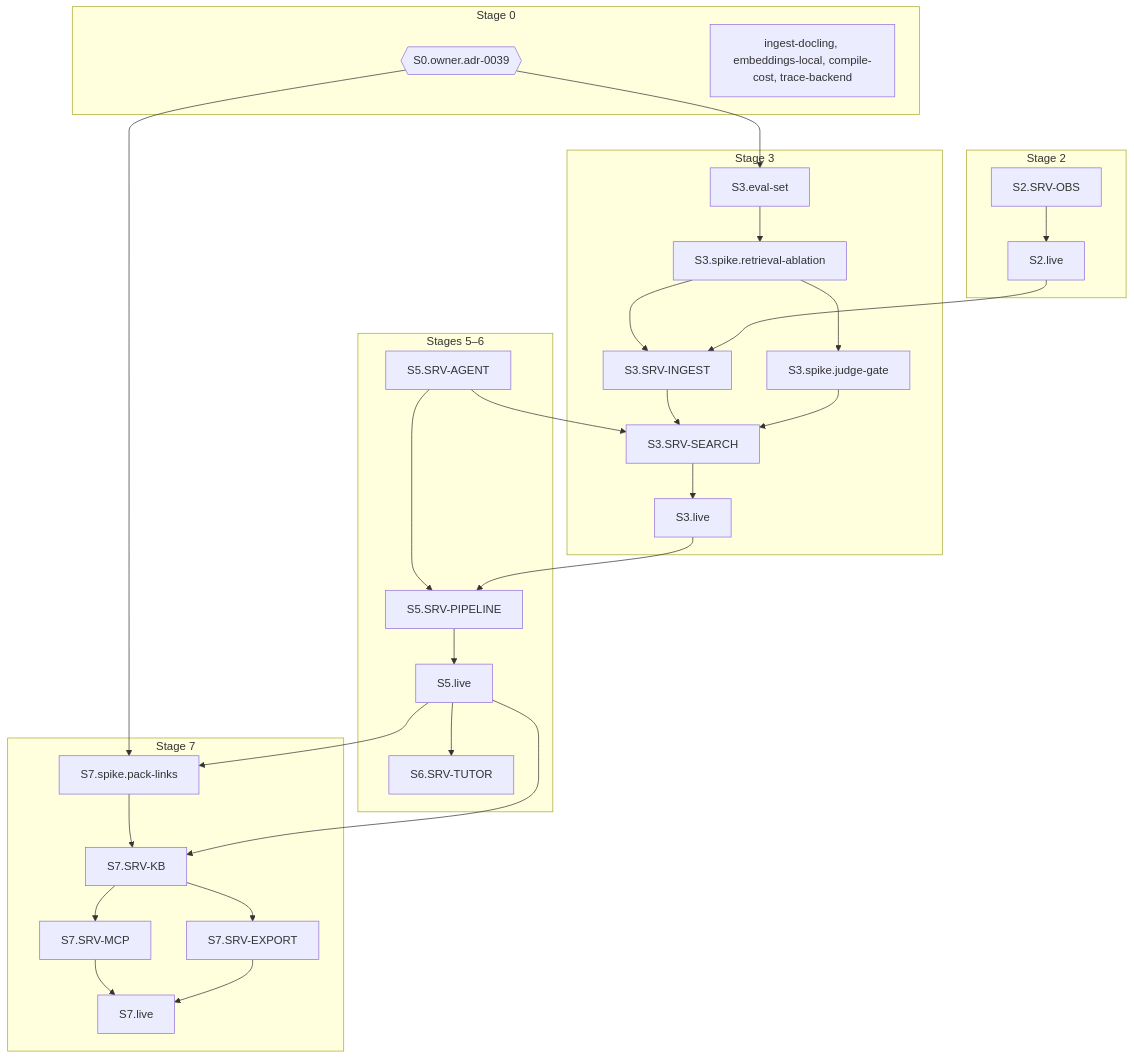
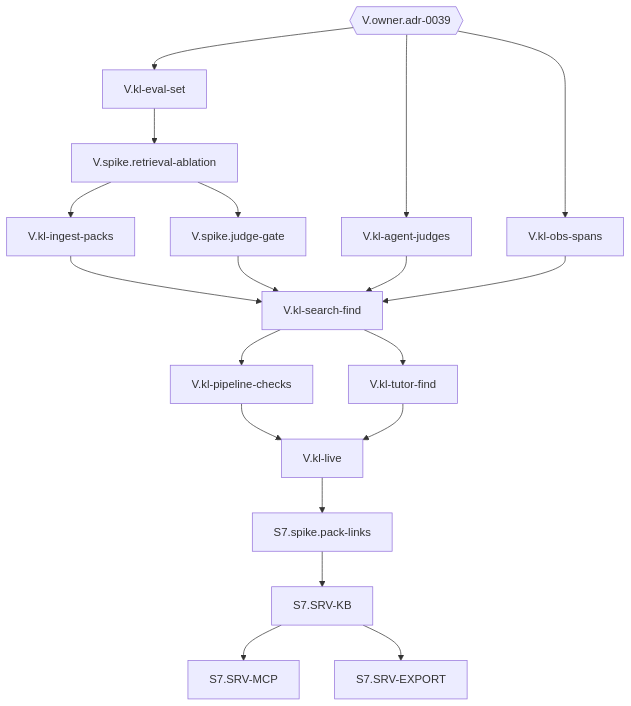
The diagram in docs/plans/adr-0039-execution.md (m1than/reader-ai), drawn with Mermaid before and after one commit. The commit also changed other lines of this file and 16 other files, not shown here.

Commit message:
ADR-0039 dependent artifacts: execution plan for the current slice, progress tasks, roadmap, AGENTS.md, architecture, template amends field, pointer lines in 11 ADRs

````diff
--- a/docs/plans/adr-0039-execution.md
+++ b/docs/plans/adr-0039-execution.md
@@ -9,34 +22,19 @@
 ```mermaid
 flowchart TB
-  subgraph S0[Stage 0]
-    adr{{S0.owner.adr-0039}}
-    spikes0[ingest-docling, embeddings-local, compile-cost, trace-backend]
-  end
-  subgraph S2[Stage 2]
-    obs[S2.SRV-OBS] --> live2[S2.live]
-  end
-  subgraph S3[Stage 3]
-    eval[S3.eval-set] --> abl[S3.spike.retrieval-ablation] --> gate[S3.spike.judge-gate]
-    abl --> ingest[S3.SRV-INGEST]
-    ingest --> search[S3.SRV-SEARCH]
-    gate --> search
-    search --> live3[S3.live]
-  end
-  subgraph S56[Stages 5–6]
-    agent[S5.SRV-AGENT] --> pipe[S5.SRV-PIPELINE] --> live5[S5.live] --> tutor[S6.SRV-TUTOR]
-  end
-  subgraph S7[Stage 7]
-    links[S7.spike.pack-links] --> kb[S7.SRV-KB]
-    kb --> mcp[S7.SRV-MCP]
-    kb --> export[S7.SRV-EXPORT]
-    mcp --> live7[S7.live]
-    export --> live7
-  end
-  adr --> eval
-  adr --> links
-  live2 --> ingest
+  adr{{V.owner.adr-0039}}
+  adr --> eval[V.kl-eval-set] --> abl[V.spike.retrieval-ablation] --> gate[V.spike.judge-gate]
+  adr --> agent[V.kl-agent-judges]
+  adr --> obs[V.kl-obs-spans]
+  abl --> ingest[V.kl-ingest-packs]
+  ingest --> search[V.kl-search-find]
+  gate --> search
   agent --> search
-  live3 --> pipe
-  live5 --> links
-  live5 --> kb
+  obs --> search
+  search --> pipe[V.kl-pipeline-checks]
+  search --> tutor[V.kl-tutor-find]
+  pipe --> live[V.kl-live]
+  tutor --> live
+  live --> links[S7.spike.pack-links] --> kb[S7.SRV-KB]
+  kb --> mcp[S7.SRV-MCP]
+  kb --> export[S7.SRV-EXPORT]
 ```
````
